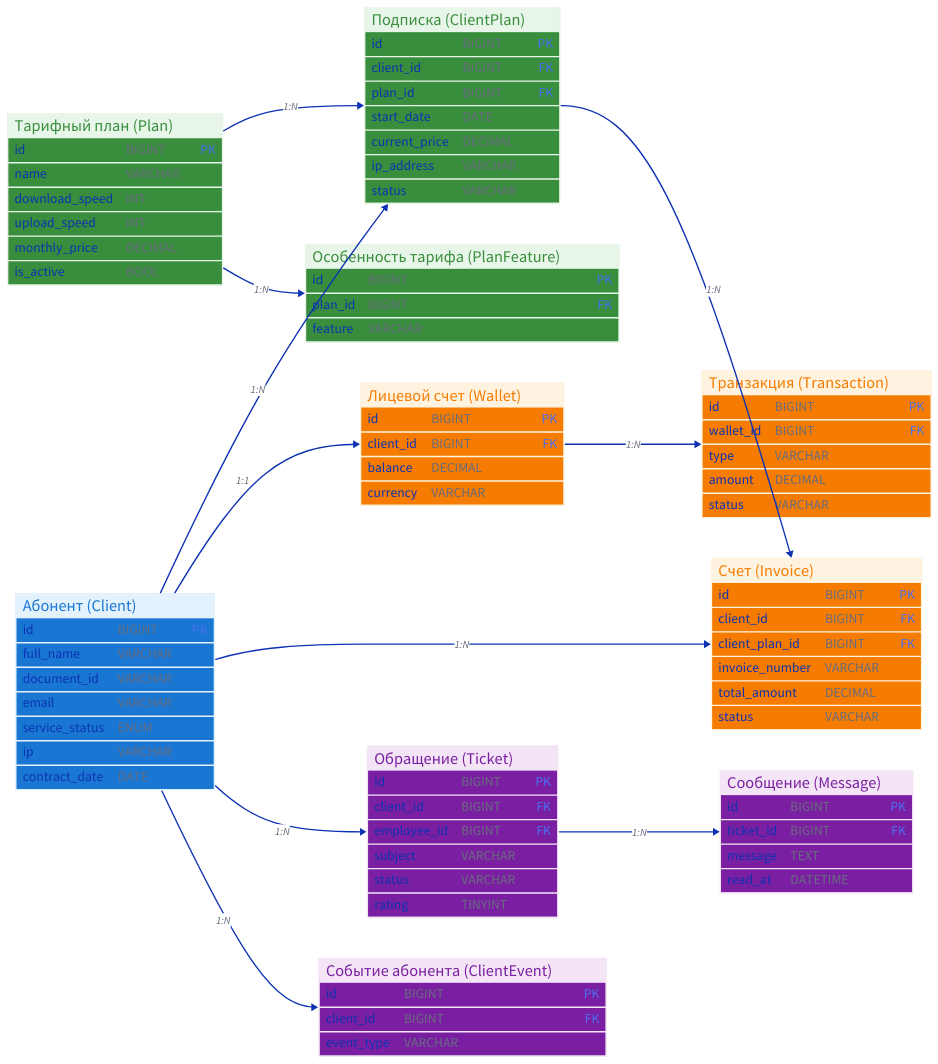
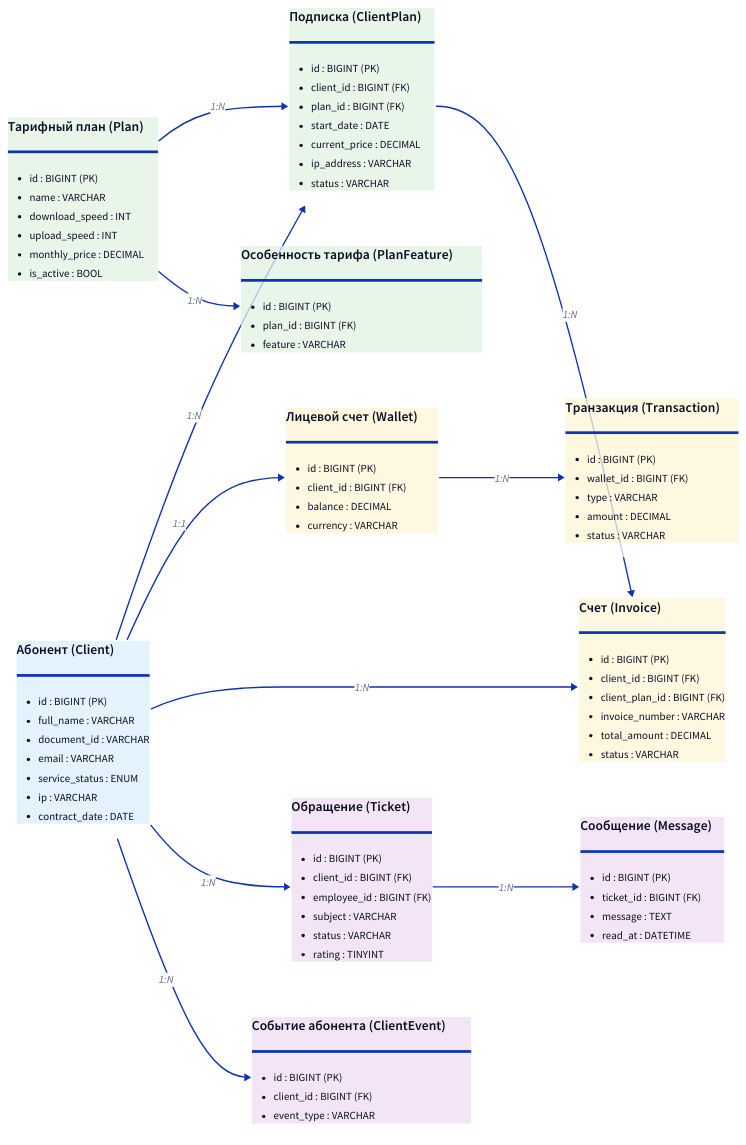
The diagram in images/diagrama_3_4.d2 (novox187/informe_tesis), drawn with D2 before and after one commit. The commit also changed 6 other files, not shown here.

First line of the commit message:
documentación: actualizar diagramas, añadir macros auxiliares de LaTeX, depurar tablas

```diff
--- a/images/diagrama_3_4.d2
+++ b/images/diagrama_3_4.d2
@@ -1,135 +1,167 @@
 # Рисунок 3.4 — ER-модель основных сущностей системы
+# Используем rectangle с markdown-текстом для полного контроля над цветами
+
 direction: right
 
-Client: "Абонент (Client)" {
-  shape: sql_table
+Client: |md
+  ### Абонент (Client)
+  ---
+  - id : BIGINT (PK)
+  - full_name : VARCHAR
+  - document_id : VARCHAR
+  - email : VARCHAR
+  - service_status : ENUM
+  - ip : VARCHAR
+  - contract_date : DATE
+| {
   style.fill: "#e3f2fd"
   style.stroke: "#1976d2"
-
-  id: BIGINT {constraint: primary_key}
-  full_name: VARCHAR
-  document_id: VARCHAR
-  email: VARCHAR
-  service_status: ENUM
-  ip: VARCHAR
-  contract_date: DATE
+  style.stroke-width: 2
+  style.border-radius: 4
 }
 
-Plan: "Тарифный план (Plan)" {
-  shape: sql_table
+Plan: |md
+  ### Тарифный план (Plan)
+  ---
+  - id : BIGINT (PK)
+  - name : VARCHAR
+  - download_speed : INT
+  - upload_speed : INT
+  - monthly_price : DECIMAL
+  - is_active : BOOL
+| {
   style.fill: "#e8f5e9"
   style.stroke: "#388e3c"
-
-  id: BIGINT {constraint: primary_key}
-  name: VARCHAR
-  download_speed: INT
-  upload_speed: INT
-  monthly_price: DECIMAL
-  is_active: BOOL
+  style.stroke-width: 2
+  style.border-radius: 4
 }
 
-ClientPlan: "Подписка (ClientPlan)" {
-  shape: sql_table
+ClientPlan: |md
+  ### Подписка (ClientPlan)
+  ---
+  - id : BIGINT (PK)
+  - client_id : BIGINT (FK)
+  - plan_id : BIGINT (FK)
+  - start_date : DATE
+  - current_price : DECIMAL
+  - ip_address : VARCHAR
+  - status : VARCHAR
+| {
   style.fill: "#e8f5e9"
   style.stroke: "#388e3c"
-
-  id: BIGINT {constraint: primary_key}
-  client_id: BIGINT {constraint: foreign_key}
-  plan_id: BIGINT {constraint: foreign_key}
-  start_date: DATE
-  current_price: DECIMAL
-  ip_address: VARCHAR
-  status: VARCHAR
+  style.stroke-width: 2
+  style.border-radius: 4
 }
 
-PlanFeature: "Особенность тарифа (PlanFeature)" {
-  shape: sql_table
+PlanFeature: |md
+  ### Особенность тарифа (PlanFeature)
+  ---
+  - id : BIGINT (PK)
+  - plan_id : BIGINT (FK)
+  - feature : VARCHAR
+| {
   style.fill: "#e8f5e9"
   style.stroke: "#388e3c"
-
-  id: BIGINT {constraint: primary_key}
-  plan_id: BIGINT {constraint: foreign_key}
-  feature: VARCHAR
+  style.stroke-width: 2
+  style.border-radius: 4
 }
 
-Wallet: "Лицевой счет (Wallet)" {
-  shape: sql_table
-  style.fill: "#fff3e0"
+Wallet: |md
+  ### Лицевой счет (Wallet)
+  ---
+  - id : BIGINT (PK)
+  - client_id : BIGINT (FK)
+  - balance : DECIMAL
+  - currency : VARCHAR
+| {
+  style.fill: "#fff8e1"
   style.stroke: "#f57c00"
-
-  id: BIGINT {constraint: primary_key}
-  client_id: BIGINT {constraint: foreign_key}
-  balance: DECIMAL
-  currency: VARCHAR
+  style.stroke-width: 2
+  style.border-radius: 4
 }
 
-Transaction: "Транзакция (Transaction)" {
-  shape: sql_table
-  style.fill: "#fff3e0"
+Transaction: |md
+  ### Транзакция (Transaction)
+  ---
+  - id : BIGINT (PK)
+  - wallet_id : BIGINT (FK)
+  - type : VARCHAR
+  - amount : DECIMAL
+  - status : VARCHAR
+| {
+  style.fill: "#fff8e1"
   style.stroke: "#f57c00"
-
-  id: BIGINT {constraint: primary_key}
-  wallet_id: BIGINT {constraint: foreign_key}
-  type: VARCHAR
-  amount: DECIMAL
-  status: VARCHAR
+  style.stroke-width: 2
+  style.border-radius: 4
 }
 
-Invoice: "Счет (Invoice)" {
-  shape: sql_table
-  style.fill: "#fff3e0"
+Invoice: |md
+  ### Счет (Invoice)
+  ---
+  - id : BIGINT (PK)
+  - client_id : BIGINT (FK)
+  - client_plan_id : BIGINT (FK)
+  - invoice_number : VARCHAR
+  - total_amount : DECIMAL
+  - status : VARCHAR
+| {
+  style.fill: "#fff8e1"
   style.stroke: "#f57c00"
-
-  id: BIGINT {constraint: primary_key}
-  client_id: BIGINT {constraint: foreign_key}
-  client_plan_id: BIGINT {constraint: foreign_key}
-  invoice_number: VARCHAR
-  total_amount: DECIMAL
-  status: VARCHAR
+  style.stroke-width: 2
+  style.border-radius: 4
 }
 
-Ticket: "Обращение (Ticket)" {
-  shape: sql_table
+Ticket: |md
+  ### Обращение (Ticket)
+  ---
+  - id : BIGINT (PK)
+  - client_id : BIGINT (FK)
+  - employee_id : BIGINT (FK)
+  - subject : VARCHAR
+  - status : VARCHAR
+  - rating : TINYINT
+| {
   style.fill: "#f3e5f5"
   style.stroke: "#7b1fa2"
-
-  id: BIGINT {constraint: primary_key}
-  client_id: BIGINT {constraint: foreign_key}
-  employee_id: BIGINT {constraint: foreign_key}
-  subject: VARCHAR
-  status: VARCHAR
-  rating: TINYINT
+  style.stroke-width: 2
+  style.border-radius: 4
 }
 
-Message: "Сообщение (Message)" {
-  shape: sql_table
+Message: |md
+  ### Сообщение (Message)
+  ---
+  - id : BIGINT (PK)
+  - ticket_id : BIGINT (FK)
+  - message : TEXT
+  - read_at : DATETIME
+| {
   style.fill: "#f3e5f5"
   style.stroke: "#7b1fa2"
-
-  id: BIGINT {constraint: primary_key}
-  ticket_id: BIGINT {constraint: foreign_key}
-  message: TEXT
-  read_at: DATETIME
+  style.stroke-width: 2
+  style.border-radius: 4
 }
 
-ClientEvent: "Событие абонента (ClientEvent)" {
-  shape: sql_table
+ClientEvent: |md
+  ### Событие абонента (ClientEvent)
+  ---
+  - id : BIGINT (PK)
+  - client_id : BIGINT (FK)
+  - event_type : VARCHAR
+| {
   style.fill: "#f3e5f5"
   style.stroke: "#7b1fa2"
-
-  id: BIGINT {constraint: primary_key}
-  client_id: BIGINT {constraint: foreign_key}
-  event_type: VARCHAR
+  style.stroke-width: 2
+  style.border-radius: 4
 }
 
 # Связи 1:N и 1:1
-Client.id -> ClientPlan.client_id: "1:N"
-Plan.id -> ClientPlan.plan_id: "1:N"
-Plan.id -> PlanFeature.plan_id: "1:N"
-Client.id -> Wallet.client_id: "1:1"
-Wallet.id -> Transaction.wallet_id: "1:N"
-Client.id -> Invoice.client_id: "1:N"
-ClientPlan.id -> Invoice.client_plan_id: "1:N"
-Client.id -> Ticket.client_id: "1:N"
-Ticket.id -> Message.ticket_id: "1:N"
-Client.id -> ClientEvent.client_id: "1:N"
+Client -> ClientPlan: "1:N"
+Plan -> ClientPlan: "1:N"
+Plan -> PlanFeature: "1:N"
+Client -> Wallet: "1:1"
+Wallet -> Transaction: "1:N"
+Client -> Invoice: "1:N"
+ClientPlan -> Invoice: "1:N"
+Client -> Ticket: "1:N"
+Ticket -> Message: "1:N"
+Client -> ClientEvent: "1:N"
```
